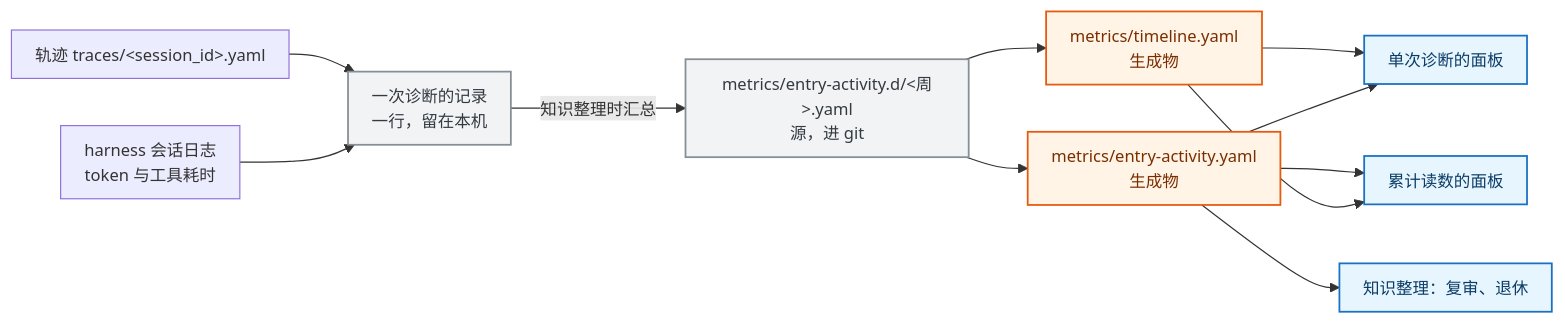
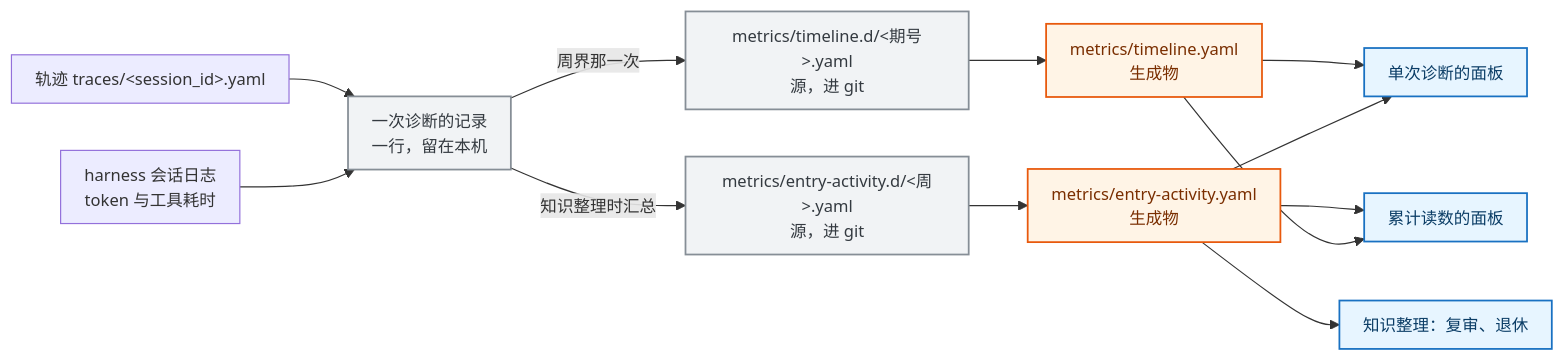
The first of 4 diagrams in docs/mechanism/diagnosis-observability.md (Bowen-Leee/ascend-sleuth), drawn with Mermaid before and after one commit. The commit also changed other lines of this file, not shown here.

````diff
--- a/docs/mechanism/diagnosis-observability.md
+++ b/docs/mechanism/diagnosis-observability.md
@@ -39,21 +39,22 @@
 ```mermaid
 %%{init: {'themeVariables':{'fontSize':'14px'},'flowchart':{'curve':'basis','nodeSpacing':40,'rankSpacing':50,'padding':10}}}%%
 flowchart LR
     TR["轨迹 traces/&lt;session_id&gt;.yaml"] --> EP["一次诊断的记录<br/>一行，留在本机"]
     LG["harness 会话日志<br/>token 与工具耗时"] --> EP
     EP -->|"知识整理时汇总"| PF["metrics/entry-activity.d/&lt;周&gt;.yaml<br/>源，进 git"]
     PF --> EA["metrics/entry-activity.yaml<br/>生成物"]
-    PF --> TI["metrics/timeline.yaml<br/>生成物"]
+    EP -->|"周界那一次"| TD["metrics/timeline.d/&lt;期号&gt;.yaml<br/>源，进 git"]
+    TD --> TI["metrics/timeline.yaml<br/>生成物"]
     TI --> V1["单次诊断的面板"]
     EA --> V1
     EA --> V2["累计读数的面板"]
     TI --> V2
     EA --> GR["知识整理：复审、退休"]
 
     classDef store fill:#f1f3f5,stroke:#868e96,stroke-width:1.5px,color:#343a40
     classDef gen fill:#fff4e6,stroke:#e8590c,stroke-width:1.5px,color:#7a2e00
     classDef view fill:#e7f5ff,stroke:#1971c2,stroke-width:1.5px,color:#0b3d66
-    class EP,PF store
+    class EP,PF,TD store
     class EA,TI gen
     class V1,V2,GR view
 ```
````
